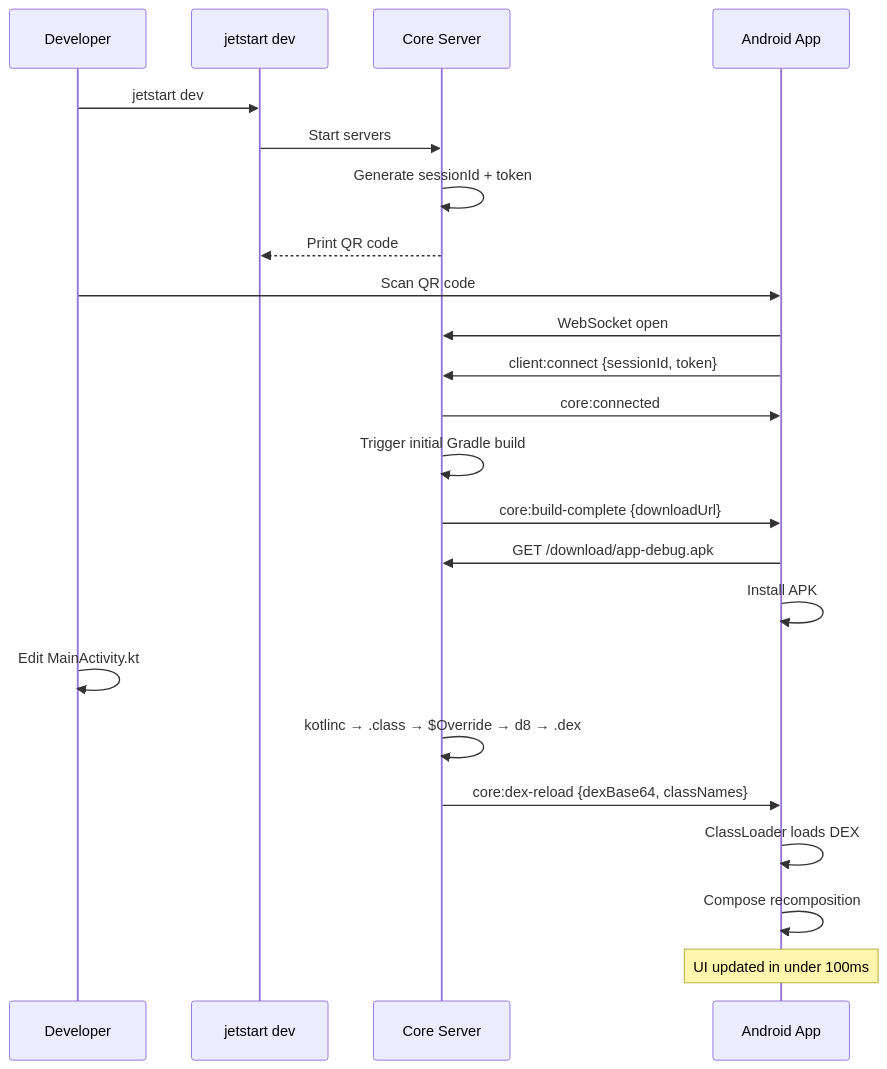
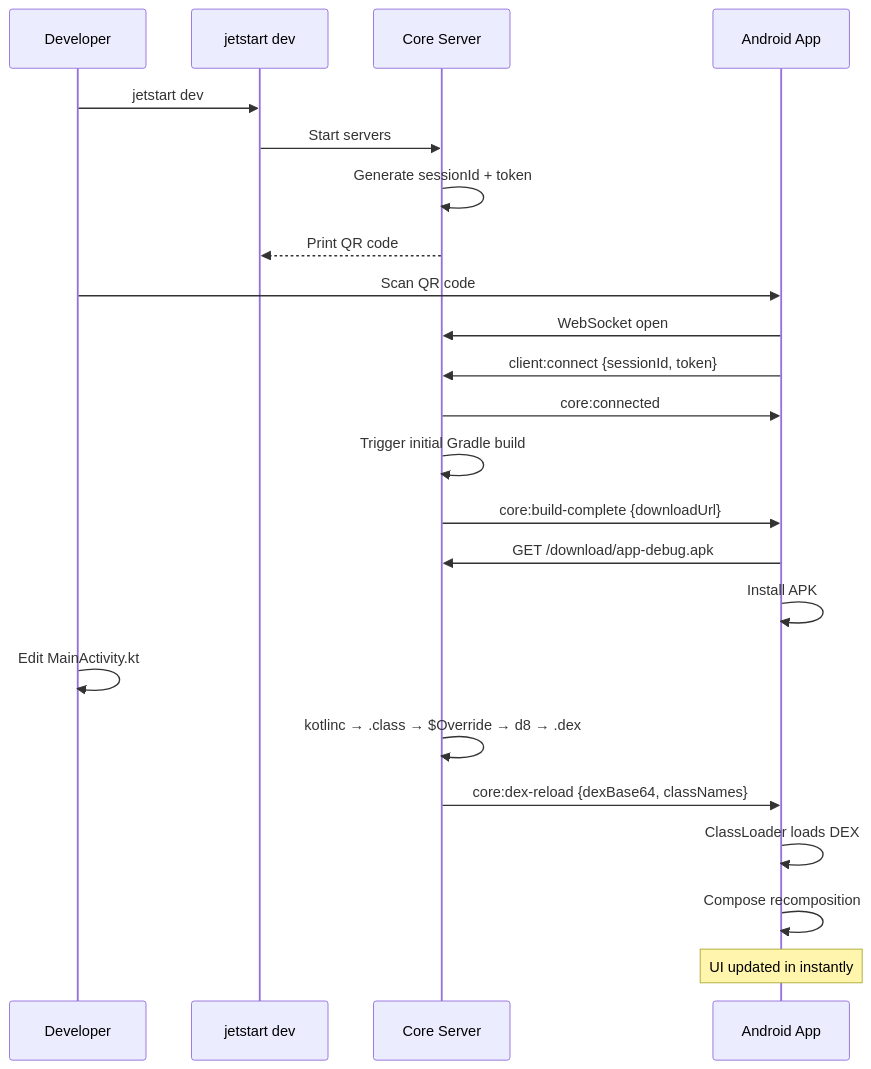
One commit to dev-phantom/jetstart changed the second of 2 diagrams in docs/docs/architecture/overview.md. Above: the diagram before and after it, drawn with Mermaid. The commit also changed 18 other files, not shown here.

````diff
--- a/docs/docs/architecture/overview.md
+++ b/docs/docs/architecture/overview.md
@@ -93,28 +93,28 @@
 ```mermaid
 sequenceDiagram
     participant Dev as Developer
     participant CLI as jetstart dev
     participant Core as Core Server
     participant Client as Android App
 
     Dev->>CLI: jetstart dev
     CLI->>Core: Start servers
     Core->>Core: Generate sessionId + token
     Core-->>CLI: Print QR code
 
     Dev->>Client: Scan QR code
     Client->>Core: WebSocket open
     Client->>Core: client:connect {sessionId, token}
     Core->>Client: core:connected
     Core->>Core: Trigger initial Gradle build
     Core->>Client: core:build-complete {downloadUrl}
     Client->>Core: GET /download/app-debug.apk
     Client->>Client: Install APK
 
     Dev->>Dev: Edit MainActivity.kt
     Core->>Core: kotlinc → .class → $Override → d8 → .dex
     Core->>Client: core:dex-reload {dexBase64, classNames}
     Client->>Client: ClassLoader loads DEX
     Client->>Client: Compose recomposition
-    Note over Client: UI updated in under 100ms
+    Note over Client: UI updated in instantly
 ```
````
